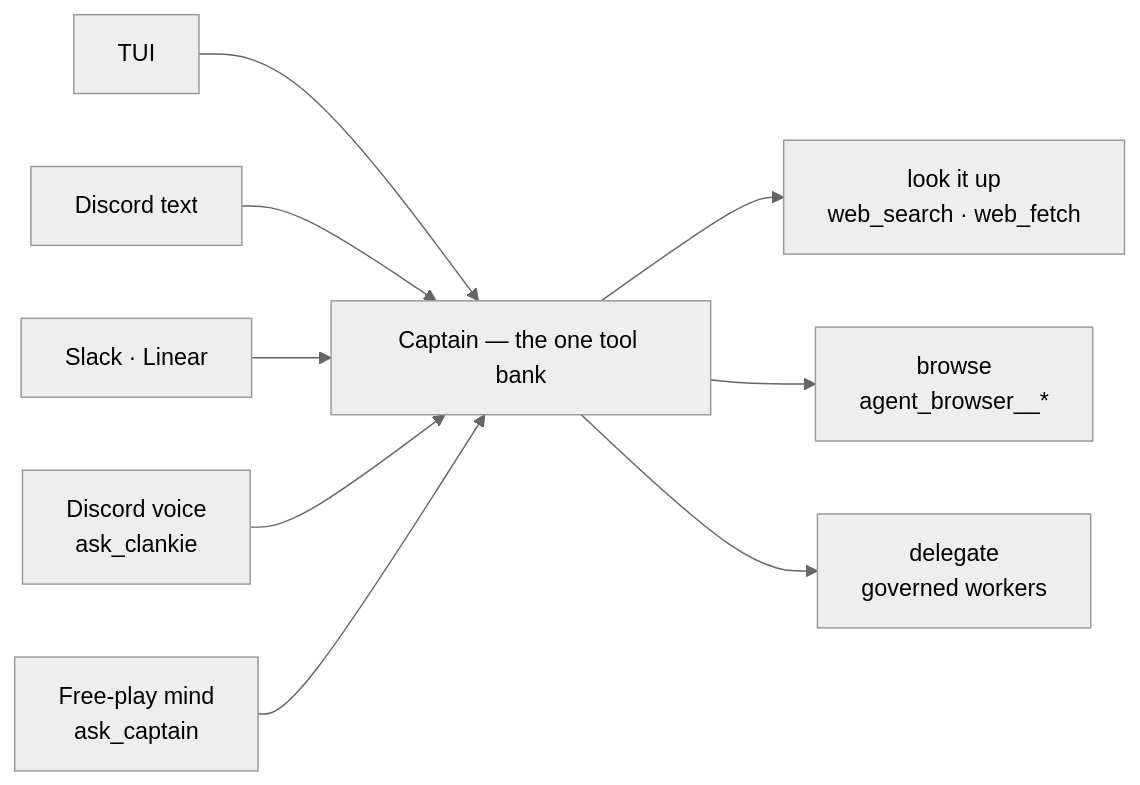
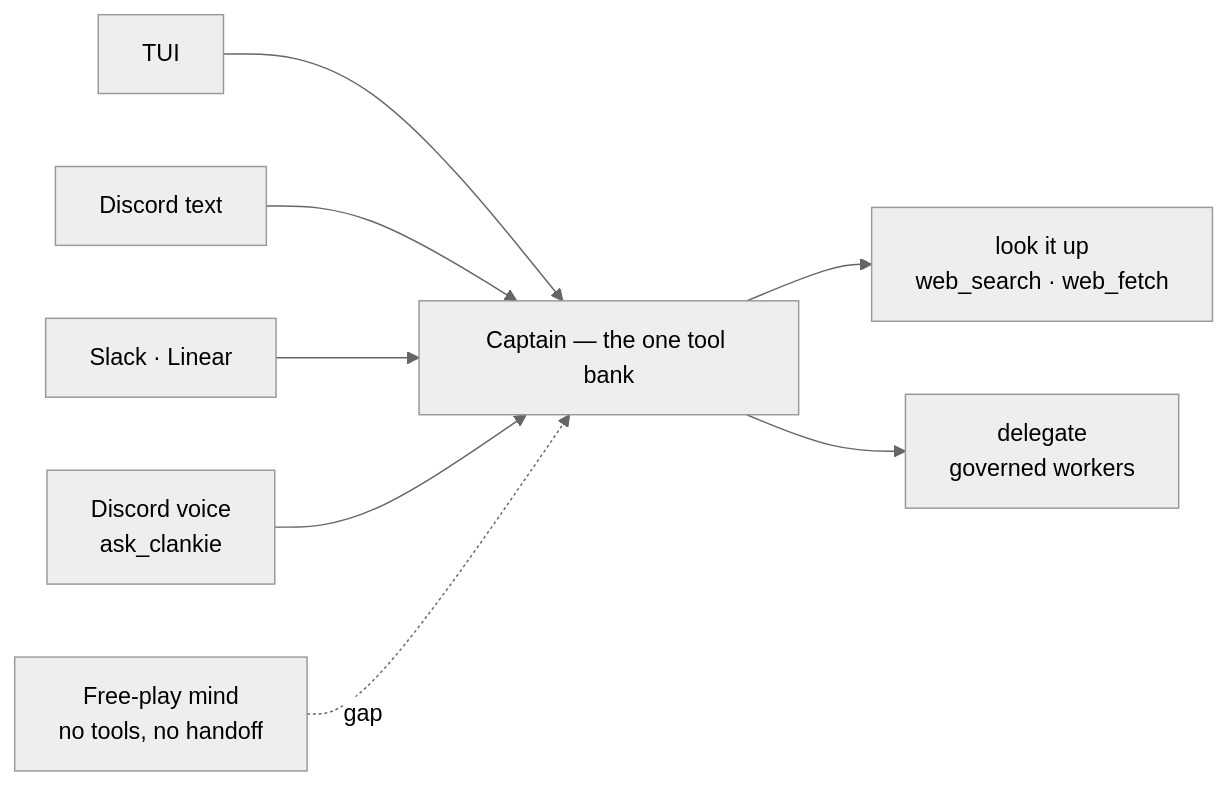
Before and after one commit to Volpestyle/clankie: the first of 6 diagrams in docs/01-architecture.md, drawn with Mermaid (neutral theme). The commit also changed other lines of this file, not shown here.

````diff
--- a/docs/01-architecture.md
+++ b/docs/01-architecture.md
@@ -56,11 +56,10 @@
 ```mermaid
 flowchart LR
   T[TUI] --> C
   D[Discord text] --> C
   S[Slack · Linear] --> C
   V["Discord voice<br/>ask_clankie"] --> C
-  P["Free-play mind<br/>ask_captain"] --> C
   C["Captain — the one tool bank"] --> L["look it up<br/>web_search · web_fetch"]
-  C --> B["browse<br/>agent_browser__*"]
   C --> W["delegate<br/>governed workers"]
+  P["Free-play mind<br/>no tools, no handoff"] -.->|gap| C
 ```
````
